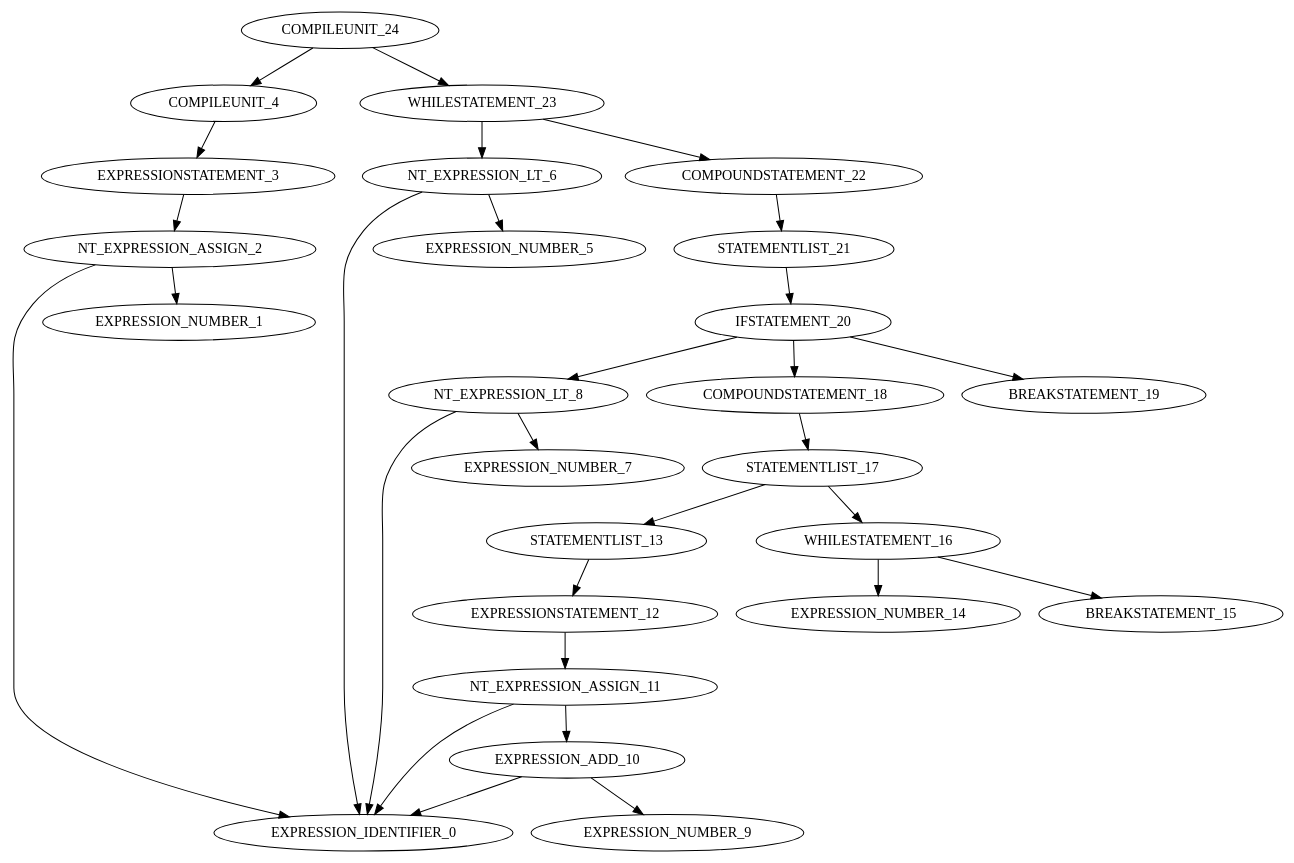
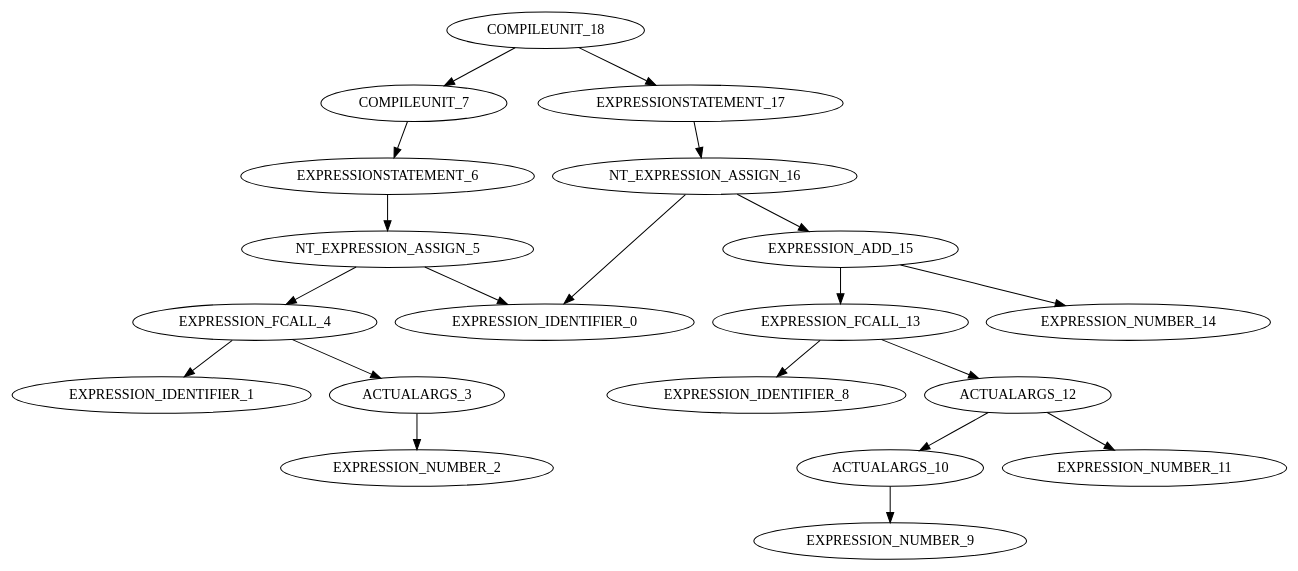
Before and after one commit to dhmhgreCompilers1/MINIC: the diagram in MINIC/ST.dot, drawn with Graphviz. The commit also changed 7 other files, not shown here.

```diff
--- a/MINIC/ST.dot
+++ b/MINIC/ST.dot
@@ -1,30 +1,21 @@
 digraph G{
-"COMPILEUNIT_24"->"COMPILEUNIT_4";
-"COMPILEUNIT_4"->"EXPRESSIONSTATEMENT_3";
-"EXPRESSIONSTATEMENT_3"->"NT_EXPRESSION_ASSIGN_2";
-"NT_EXPRESSION_ASSIGN_2"->"EXPRESSION_IDENTIFIER_0";
-"NT_EXPRESSION_ASSIGN_2"->"EXPRESSION_NUMBER_1";
-"COMPILEUNIT_24"->"WHILESTATEMENT_23";
-"WHILESTATEMENT_23"->"NT_EXPRESSION_LT_6";
-"NT_EXPRESSION_LT_6"->"EXPRESSION_IDENTIFIER_0";
-"NT_EXPRESSION_LT_6"->"EXPRESSION_NUMBER_5";
-"WHILESTATEMENT_23"->"COMPOUNDSTATEMENT_22";
-"COMPOUNDSTATEMENT_22"->"STATEMENTLIST_21";
-"STATEMENTLIST_21"->"IFSTATEMENT_20";
-"IFSTATEMENT_20"->"NT_EXPRESSION_LT_8";
-"NT_EXPRESSION_LT_8"->"EXPRESSION_IDENTIFIER_0";
-"NT_EXPRESSION_LT_8"->"EXPRESSION_NUMBER_7";
-"IFSTATEMENT_20"->"COMPOUNDSTATEMENT_18";
-"COMPOUNDSTATEMENT_18"->"STATEMENTLIST_17";
-"STATEMENTLIST_17"->"STATEMENTLIST_13";
-"STATEMENTLIST_13"->"EXPRESSIONSTATEMENT_12";
-"EXPRESSIONSTATEMENT_12"->"NT_EXPRESSION_ASSIGN_11";
-"NT_EXPRESSION_ASSIGN_11"->"EXPRESSION_IDENTIFIER_0";
-"NT_EXPRESSION_ASSIGN_11"->"EXPRESSION_ADD_10";
-"EXPRESSION_ADD_10"->"EXPRESSION_IDENTIFIER_0";
-"EXPRESSION_ADD_10"->"EXPRESSION_NUMBER_9";
-"STATEMENTLIST_17"->"WHILESTATEMENT_16";
-"WHILESTATEMENT_16"->"EXPRESSION_NUMBER_14";
-"WHILESTATEMENT_16"->"BREAKSTATEMENT_15";
-"IFSTATEMENT_20"->"BREAKSTATEMENT_19";
+"COMPILEUNIT_18"->"COMPILEUNIT_7";
+"COMPILEUNIT_7"->"EXPRESSIONSTATEMENT_6";
+"EXPRESSIONSTATEMENT_6"->"NT_EXPRESSION_ASSIGN_5";
+"NT_EXPRESSION_ASSIGN_5"->"EXPRESSION_IDENTIFIER_0";
+"NT_EXPRESSION_ASSIGN_5"->"EXPRESSION_FCALL_4";
+"EXPRESSION_FCALL_4"->"EXPRESSION_IDENTIFIER_1";
+"EXPRESSION_FCALL_4"->"ACTUALARGS_3";
+"ACTUALARGS_3"->"EXPRESSION_NUMBER_2";
+"COMPILEUNIT_18"->"EXPRESSIONSTATEMENT_17";
+"EXPRESSIONSTATEMENT_17"->"NT_EXPRESSION_ASSIGN_16";
+"NT_EXPRESSION_ASSIGN_16"->"EXPRESSION_IDENTIFIER_0";
+"NT_EXPRESSION_ASSIGN_16"->"EXPRESSION_ADD_15";
+"EXPRESSION_ADD_15"->"EXPRESSION_FCALL_13";
+"EXPRESSION_FCALL_13"->"EXPRESSION_IDENTIFIER_8";
+"EXPRESSION_FCALL_13"->"ACTUALARGS_12";
+"ACTUALARGS_12"->"ACTUALARGS_10";
+"ACTUALARGS_10"->"EXPRESSION_NUMBER_9";
+"ACTUALARGS_12"->"EXPRESSION_NUMBER_11";
+"EXPRESSION_ADD_15"->"EXPRESSION_NUMBER_14";
 }
```
